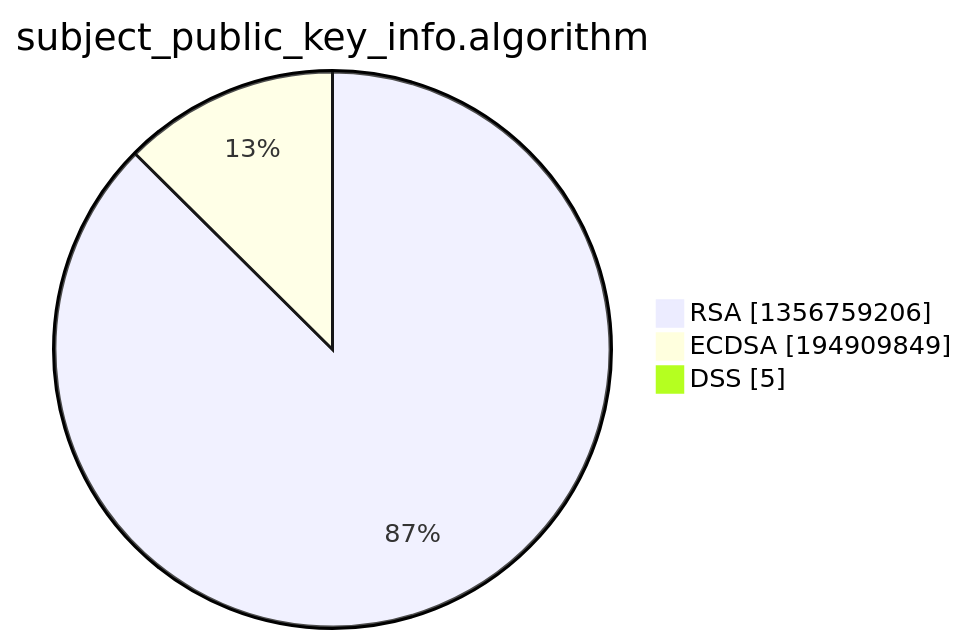
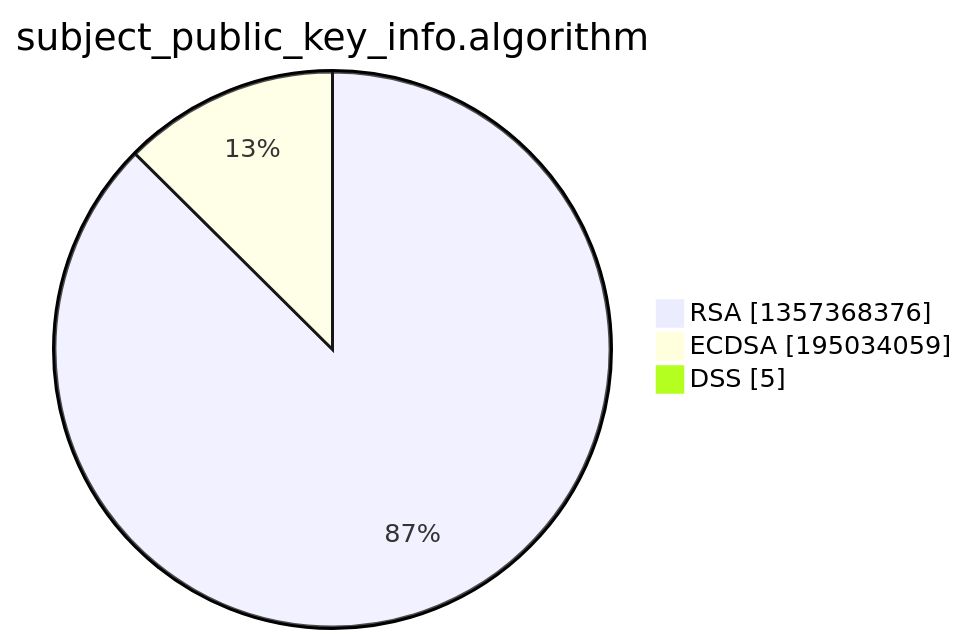
Before and after one commit to christiankrug/ctmonitor_visualization: the third of 15 diagrams in xenon2022/README.md, drawn with Mermaid. The commit also changed other lines of this file, not shown here.

````diff
--- a/xenon2022/README.md
+++ b/xenon2022/README.md
@@ -14,7 +14,7 @@
 ```mermaid
 pie showData
 title subject_public_key_info.algorithm
-"RSA" :1356759206
-"ECDSA" :194909849
+"RSA" :1357368376
+"ECDSA" :195034059
 "DSS" :5
 ```
````
